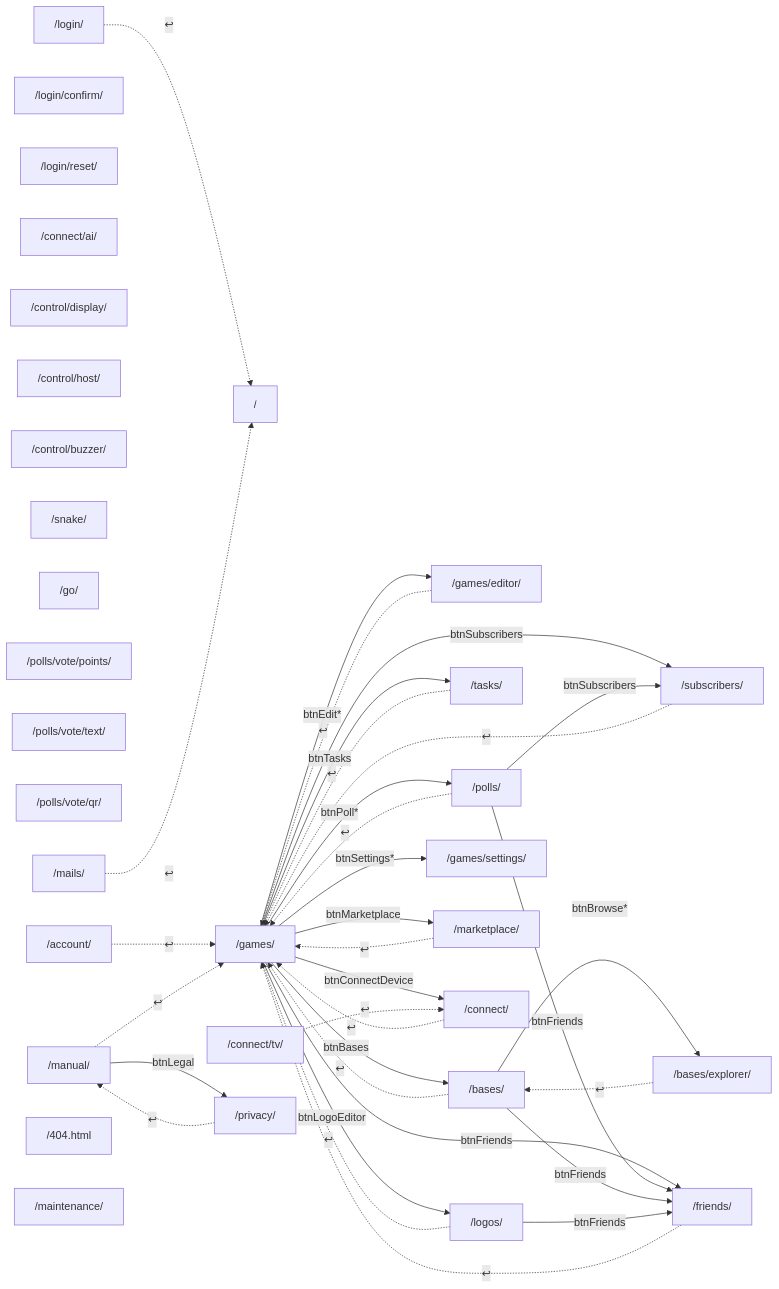
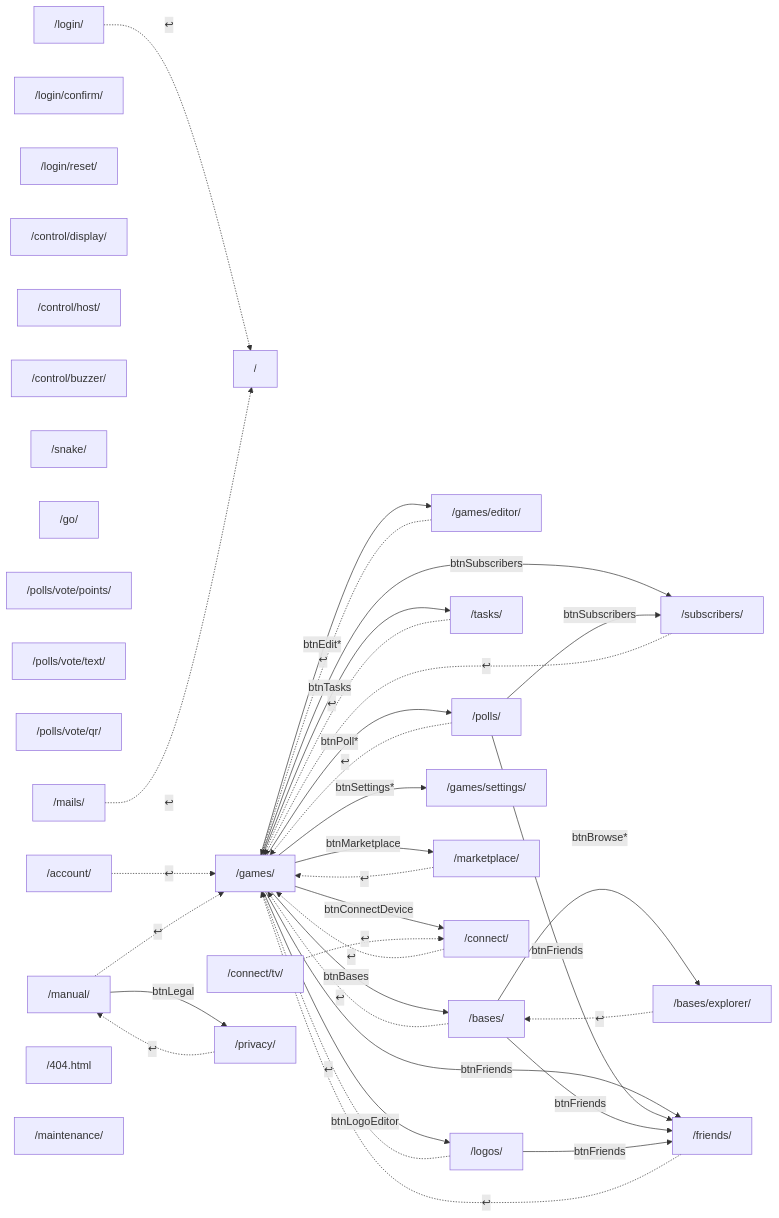
One commit to Andrish97/familijna changed the sixth of 6 diagrams in docs/nawigacja-mapy.md. Above: the diagram before and after it, drawn with Mermaid. The commit also changed other lines of this file and 35 other files, not shown here.

````diff
--- a/docs/nawigacja-mapy.md
+++ b/docs/nawigacja-mapy.md
@@ -292,67 +291,66 @@
 ```mermaid
 flowchart LR
   home["/"]
   login["/login/"]
   loginConfirm["/login/confirm/"]
   loginReset["/login/reset/"]
   games["/games/"]
   editor["/games/editor/"]
   polls["/polls/"]
   friends["/friends/"]
   subscribers["/subscribers/"]
   tasks["/tasks/"]
   bases["/bases/"]
   baseExplorer["/bases/explorer/"]
   logoEditor["/logos/"]
   gameSettings["/games/settings/"]
   marketplace["/marketplace/"]
   connectDevice["/connect/"]
-  connectAi["/connect/ai/"]
   connectTv["/connect/tv/"]
   controlDisplay["/control/display/"]
   controlHost["/control/host/"]
   controlBuzzer["/control/buzzer/"]
   snake["/snake/"]
   go["/go/"]
   pollVotePoints["/polls/vote/points/"]
   pollVoteText["/polls/vote/text/"]
   pollVoteQr["/polls/vote/qr/"]
   account["/account/"]
   manual["/manual/"]
   mailCenter["/mails/"]
   privacy["/privacy/"]
   notFound["/404.html"]
   maintenance["/maintenance/"]
   games -->|btnMarketplace| marketplace
   games -->|btnLogoEditor| logoEditor
   games -->|btnConnectDevice| connectDevice
   games -->|btnFriends| friends
   games -->|btnSubscribers| subscribers
   games -->|btnTasks| tasks
   games -->|btnBases| bases
   games -->|btnSettings*| gameSettings
   games -->|btnEdit*| editor
   games -->|btnPoll*| polls
   polls -->|btnFriends| friends
   polls -->|btnSubscribers| subscribers
   bases -->|btnFriends| friends
   bases -->|btnBrowse*| baseExplorer
   logoEditor -->|btnFriends| friends
   manual -->|btnLegal| privacy
   login -.->|↩| home
   editor -.->|↩| games
   polls -.->|↩| games
   friends -.->|↩| games
   subscribers -.->|↩| games
   tasks -.->|↩| games
   bases -.->|↩| games
   baseExplorer -.->|↩| bases
   logoEditor -.->|↩| games
   marketplace -.->|↩| games
   connectDevice -.->|↩| games
   connectTv -.->|↩| connectDevice
   account -.->|↩| games
   manual -.->|↩| games
   mailCenter -.->|↩| home
   privacy -.->|↩| manual
 ```
````
